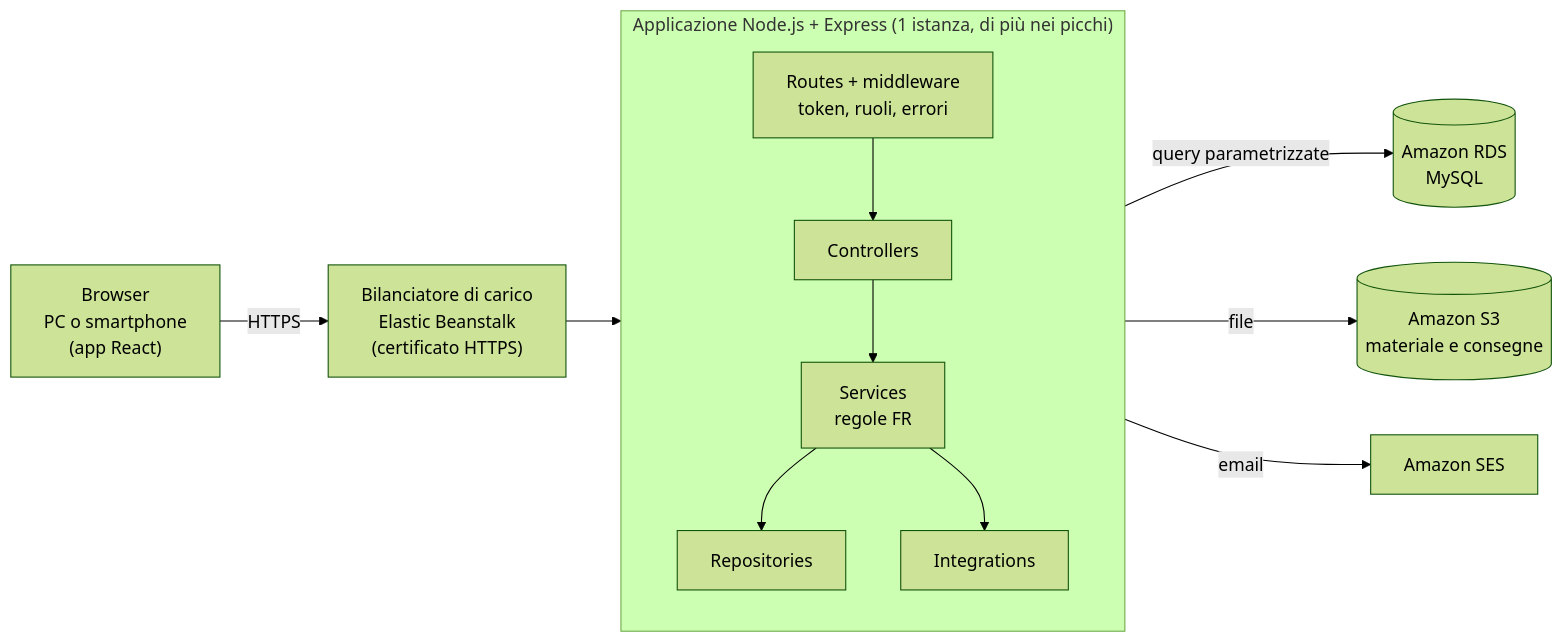
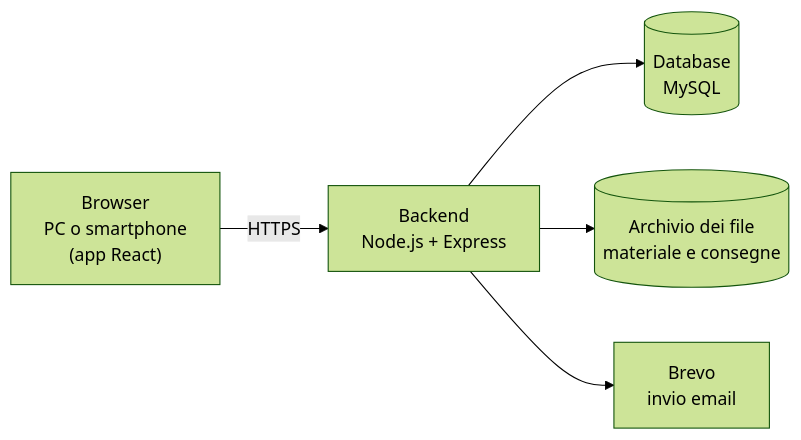
Before and after one commit to matteopadesi-byte/scuola-chill: the diagram in PRD.MD, drawn with Mermaid (forest theme). The commit also changed other lines of this file, not shown here.

````diff
--- a/PRD.MD
+++ b/PRD.MD
@@ -583,15 +540,7 @@
 ```mermaid
 flowchart LR
-    U["Browser<br/>PC o smartphone<br/>(app React)"] -- "HTTPS" --> LB["Bilanciatore di carico<br/>Elastic Beanstalk<br/>(certificato HTTPS)"]
-    LB --> APP
-    subgraph APP["Applicazione Node.js + Express (1 istanza, di più nei picchi)"]
-        direction TB
-        R["Routes + middleware<br/>token, ruoli, errori"] --> C["Controllers"]
-        C --> S["Services<br/>regole FR"]
-        S --> RP["Repositories"]
-        S --> I["Integrations"]
-    end
-    RP -- "query parametrizzate" --> DB[("Amazon RDS<br/>MySQL")]
-    I -- "file" --> S3[("Amazon S3<br/>materiale e consegne")]
-    I -- "email" --> SES["Amazon SES"]
+    U["Browser<br/>PC o smartphone<br/>(app React)"] -- "HTTPS" --> B["Backend<br/>Node.js + Express"]
+    B --> DB[("Database<br/>MySQL")]
+    B --> F[("Archivio dei file<br/>materiale e consegne")]
+    B --> M["Brevo<br/>invio email"]
 ```
````
